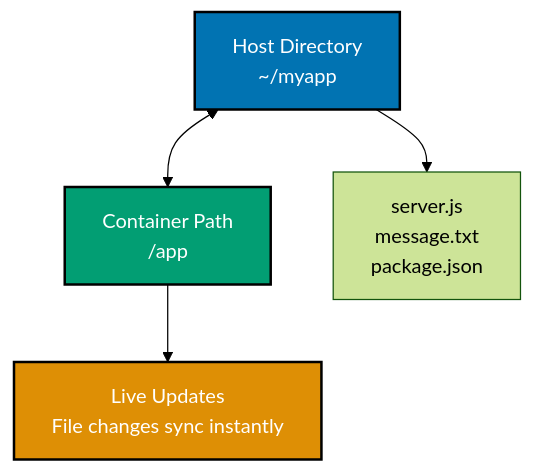
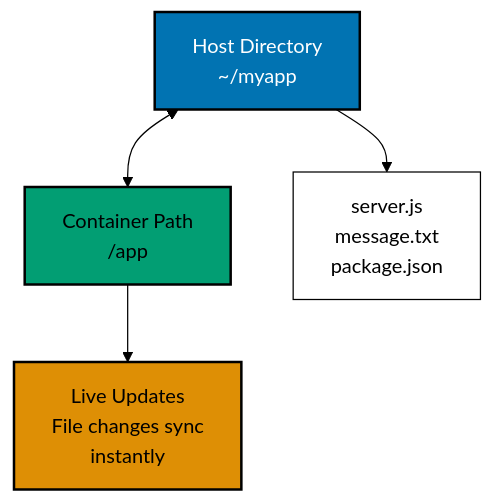
One commit to wahidyankf/ose-public changed the sixth of 8 diagrams in apps/ayokoding-www/content/en/learn/legacy/software-engineering/infrastructure/tools/docker/by-example/beginner.md. Above: the diagram before and after it, drawn with Mermaid (forest theme). The commit also changed other lines of this file and 131 other files, not shown here.

First line of the commit message:
fix(mermaid): bring the legacy data, infrastructure, and testing diagrams onto the accessible palette

````diff
--- a/apps/ayokoding-www/content/en/learn/legacy/software-engineering/infrastructure/tools/docker/by-example/beginner.md
+++ b/apps/ayokoding-www/content/en/learn/legacy/software-engineering/infrastructure/tools/docker/by-example/beginner.md
@@ -1051,11 +1081,17 @@
 ```mermaid
 %% Color Palette: Blue #0173B2, Orange #DE8F05, Teal #029E73, Purple #CC78BC, Brown #CA9161
 graph TD
+ accTitle: Example 14: Bind Mounts for Development
+ accDescr: Graph with 4 nodes and 3 connections. Nodes: Host Directory ~/myapp, Container Path /app, server.js message.txt package.json, Live Updates File changes sync instantly. Connections: Host Directory ~/myapp to Container Path /app, Host Directory ~/myapp to server.js message.txt package.json, Container Path /app to Live Updates File changes sync instantly.
  A["Host Directory<br/>~/myapp"] <--> B["Container Path<br/>/app"]
  A --> C["server.js<br/>message.txt<br/>package.json"]
- B --> D["Live Updates<br/>File changes sync instantly"]
+ B --> D["Live Updates<br/>File changes sync<br/>instantly"]
 
- style A fill:#0173B2,stroke:#000000,stroke-width:2px,color:#fff
- style B fill:#029E73,stroke:#000000,stroke-width:2px,color:#fff
- style D fill:#DE8F05,stroke:#000000,stroke-width:2px,color:#fff
+ classDef pal-0173B2 fill:#0173B2,stroke:#000000,color:#FFFFFF,stroke-width:2px
+ class A pal-0173B2
+ classDef pal-029E73 fill:#029E73,stroke:#000000,color:#000000,stroke-width:2px
+ class B pal-029E73
+ classDef pal-DE8F05 fill:#DE8F05,stroke:#000000,color:#000000,stroke-width:2px
+ class D pal-DE8F05
+ classDef default fill:#FFFFFF,stroke:#000000,color:#000000
 ```
````
